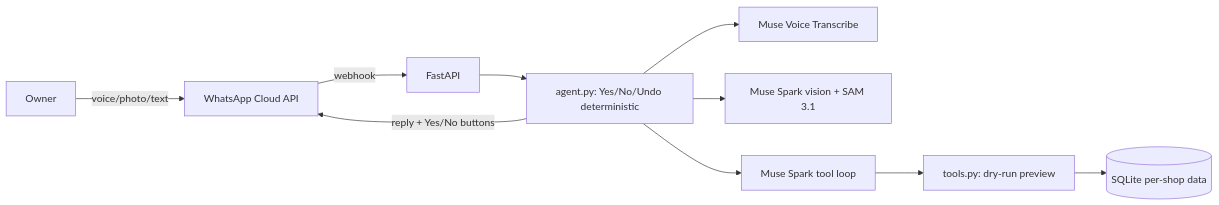
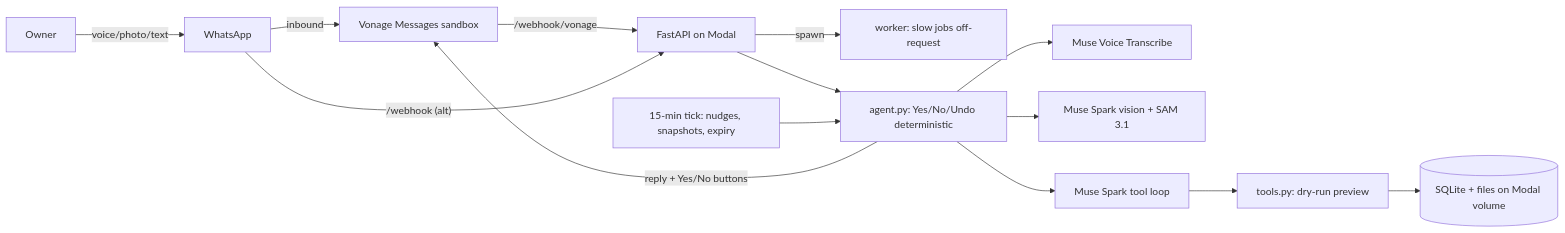
The diagram in README.md (DonovandeKlerk/sisi), drawn with Mermaid before and after one commit. The commit also changed other lines of this file and 17 other files, not shown here.

````diff
--- a/README.md
+++ b/README.md
@@ -12,12 +14,16 @@
 ```mermaid
 flowchart LR
-    Owner -- voice/photo/text --> WA[WhatsApp Cloud API]
-    WA -- webhook --> API[FastAPI]
+    Owner -- voice/photo/text --> WA[WhatsApp]
+    WA -- inbound --> VON[Vonage Messages sandbox]
+    VON -- "/webhook/vonage" --> API[FastAPI on Modal]
+    WA -- "/webhook (alt)" --> API
+    API -- spawn --> Worker[worker: slow jobs off-request]
     API --> Agent[agent.py: Yes/No/Undo deterministic]
     Agent --> Voice[Muse Voice Transcribe]
     Agent --> Vision[Muse Spark vision + SAM 3.1]
     Agent --> LLM[Muse Spark tool loop]
     LLM --> Tools[tools.py: dry-run preview]
-    Tools --> DB[(SQLite per-shop data)]
-    Agent -- reply + Yes/No buttons --> WA
+    Tools --> DB[(SQLite + files on Modal volume)]
+    Agent -- reply + Yes/No buttons --> VON
+    CRON[15-min tick: nudges, snapshots, expiry] --> Agent
 ```
````
